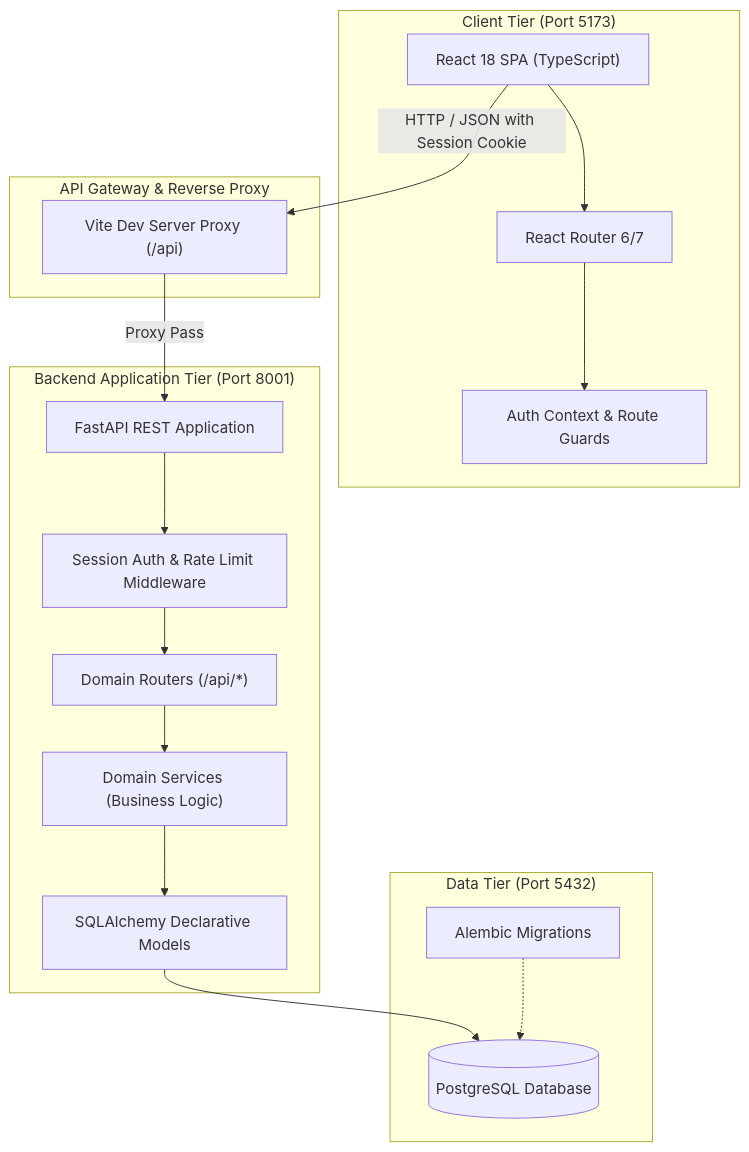
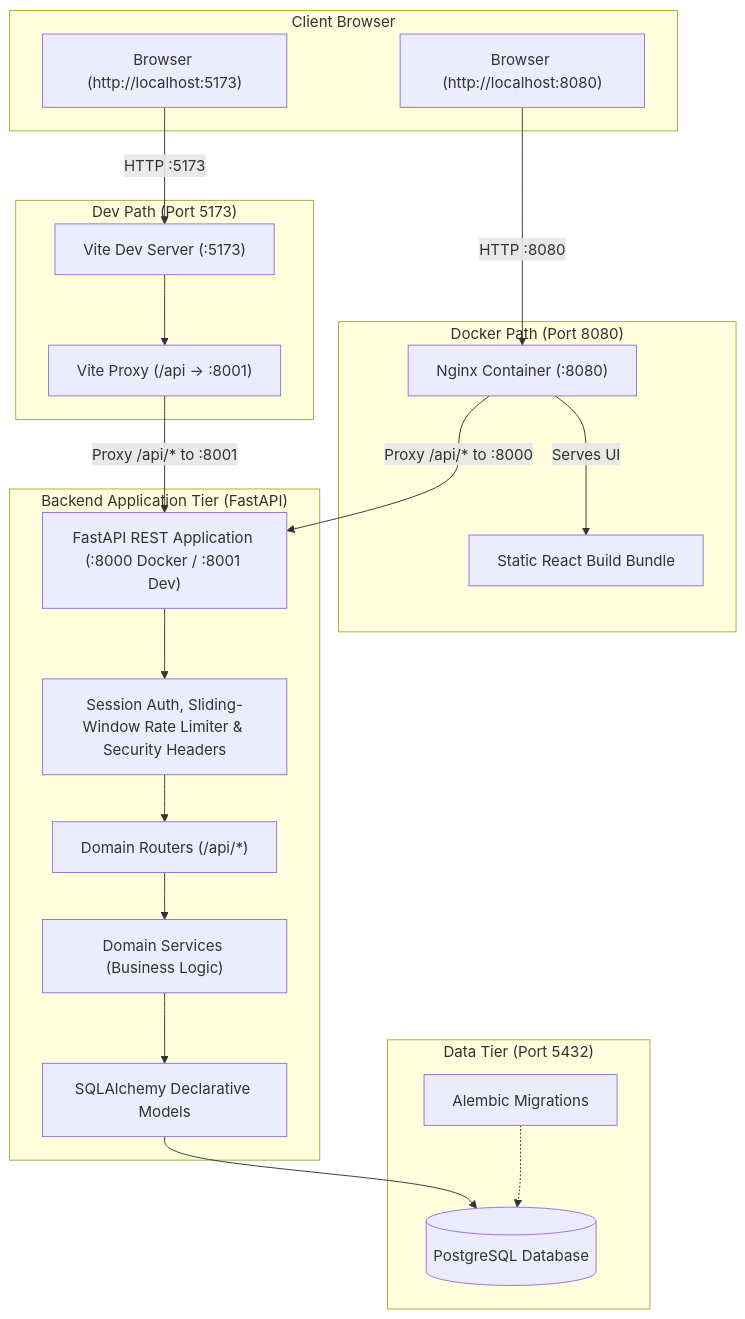
The diagram in README.md (adexo-77/university-internship-platform), drawn with Mermaid before and after one commit. The commit also changed other lines of this file, not shown here.

Commit message:
docs(readme): update architecture diagram, test commands, role capabilities, and limitations

````diff
--- a/README.md
+++ b/README.md
@@ -88,33 +88,41 @@
 ```mermaid
 flowchart TD
-    subgraph Client["Client Tier (Port 5173)"]
-        SPA["React 18 SPA (TypeScript)"]
-        Router["React Router 6/7"]
-        AuthContext["Auth Context &amp; Route Guards"]
-        SPA --> Router --> AuthContext
+    subgraph Client["Client Browser"]
+        BrowserProd["Browser (http://localhost:8080)"]
+        BrowserDev["Browser (http://localhost:5173)"]
     end
 
-    subgraph API_Gateway["API Gateway &amp; Reverse Proxy"]
-        ViteProxy["Vite Dev Server Proxy (/api)"]
+    subgraph DockerPath["Docker Path (Port 8080)"]
+        NginxProxy["Nginx Container (:8080)"]
+        StaticBundle["Static React Build Bundle"]
+        NginxProxy -->|"Serves UI"| StaticBundle
     end
 
-    subgraph Backend["Backend Application Tier (Port 8001)"]
-        FastAPI["FastAPI REST Application"]
-        Middleware["Session Auth &amp; Rate Limit Middleware"]
+    subgraph DevPath["Dev Path (Port 5173)"]
+        ViteDev["Vite Dev Server (:5173)"]
+        ViteProxy["Vite Proxy (/api -> :8001)"]
+        ViteDev --> ViteProxy
+    end
+
+    subgraph Backend["Backend Application Tier (FastAPI)"]
+        FastAPI["FastAPI REST Application (:8000 Docker / :8001 Dev)"]
+        Middleware["Session Auth, Sliding-Window Rate Limiter & Security Headers"]
         Routers["Domain Routers (/api/*)"]
         Services["Domain Services (Business Logic)"]
         Models["SQLAlchemy Declarative Models"]
 
         FastAPI --> Middleware --> Routers --> Services --> Models
     end
 
     subgraph Database["Data Tier (Port 5432)"]
         PG[("PostgreSQL Database")]
         Alembic["Alembic Migrations"]
         Models --> PG
         Alembic -.-> PG
     end
 
-    SPA -->|HTTP / JSON with Session Cookie| ViteProxy
-    ViteProxy -->|Proxy Pass| FastAPI
+    BrowserProd -->|HTTP :8080| NginxProxy
+    NginxProxy -->|Proxy /api/* to :8000| FastAPI
+    BrowserDev -->|HTTP :5173| ViteDev
+    ViteProxy -->|Proxy /api/* to :8001| FastAPI
 ```
````
